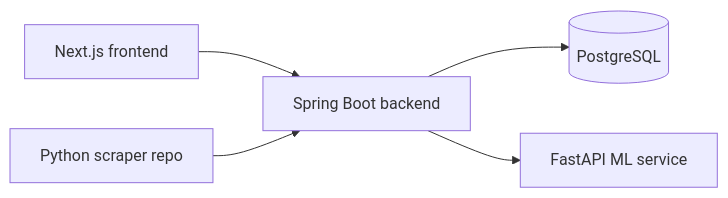
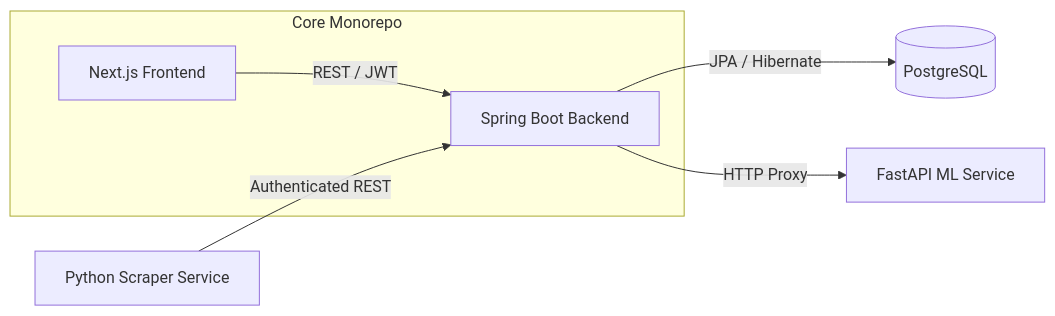
Before and after one commit to Vali-Hameed/UFC-Fight-Predictor-Website: the diagram in README.md, drawn with Mermaid. The commit also changed other lines of this file, not shown here.

````diff
--- a/README.md
+++ b/README.md
@@ -7,7 +40,16 @@
 ```mermaid
 flowchart LR
-	UI[Next.js frontend] --> API[Spring Boot backend]
-	API --> DB[(PostgreSQL)]
-	API --> ML[FastAPI ML service]
-	SCR[Python scraper repo] --> API
+    subgraph ufc-app [Core Monorepo]
+        UI[Next.js Frontend]
+        API[Spring Boot Backend]
+    end
+    
+    DB[(PostgreSQL)]
+    ML[FastAPI ML Service]
+    SCR[Python Scraper Service]
+
+    UI -- REST / JWT --> API
+    API -- JPA / Hibernate --> DB
+    API -- HTTP Proxy --> ML
+    SCR -- Authenticated REST --> API
 ```
````
